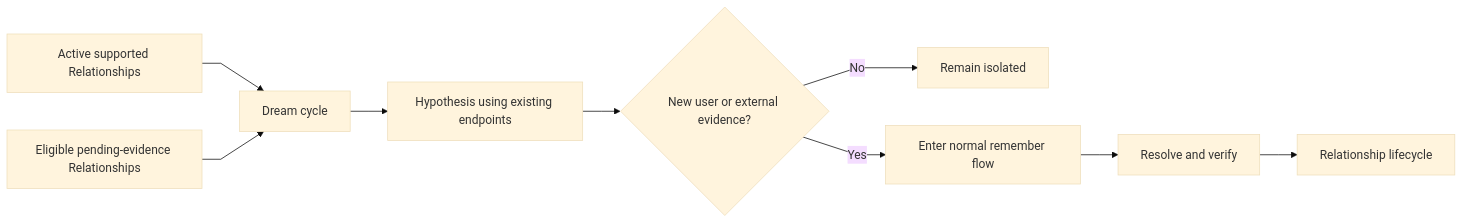
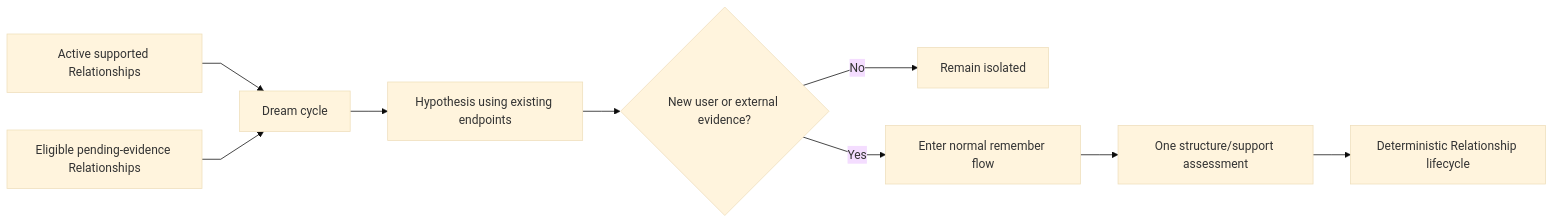
Before and after one commit to markhuangai/dense-mem: the tenth of 10 diagrams in Relationship-Model-And-Lifecycle.md, drawn with Mermaid (base theme). The commit also changed other lines of this file and 24 other files, not shown here.

Commit message:
Document V2.4 one-call placement architecture

````diff
--- a/Relationship-Model-And-Lifecycle.md
+++ b/Relationship-Model-And-Lifecycle.md
@@ -777,12 +819,12 @@
 ```mermaid
 %%{init: {"flowchart": {"curve": "linear"}}}%%
 flowchart LR
   Active["Active supported Relationships"] --> Dream["Dream cycle"]
   Pending["Eligible pending-evidence Relationships"] --> Dream
   Dream --> Hypothesis["Hypothesis using existing endpoints"]
   Hypothesis --> Feedback{"New user or external evidence?"}
   Feedback -- No --> Keep["Remain isolated"]
   Feedback -- Yes --> Remember["Enter normal remember flow"]
-  Remember --> Verify["Resolve and verify"]
-  Verify --> Lifecycle["Relationship lifecycle"]
+  Remember --> Assess["One structure/support assessment"]
+  Assess --> Lifecycle["Deterministic Relationship lifecycle"]
 ```
````
